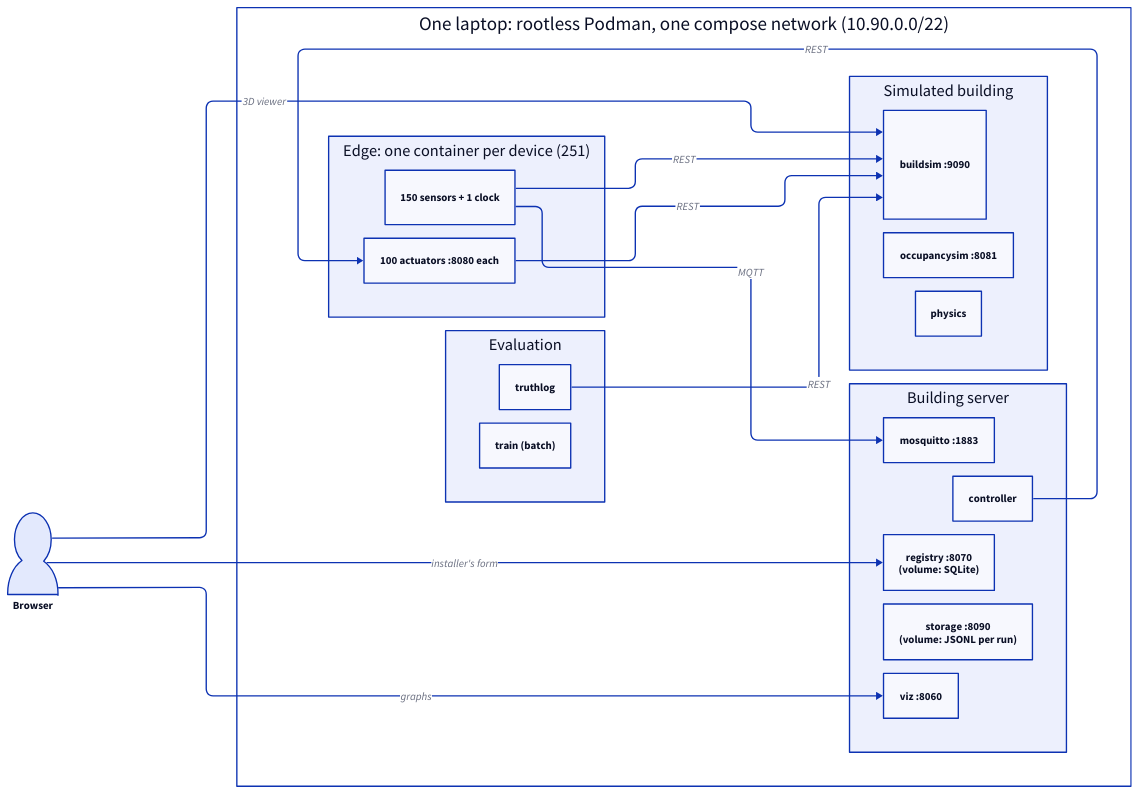
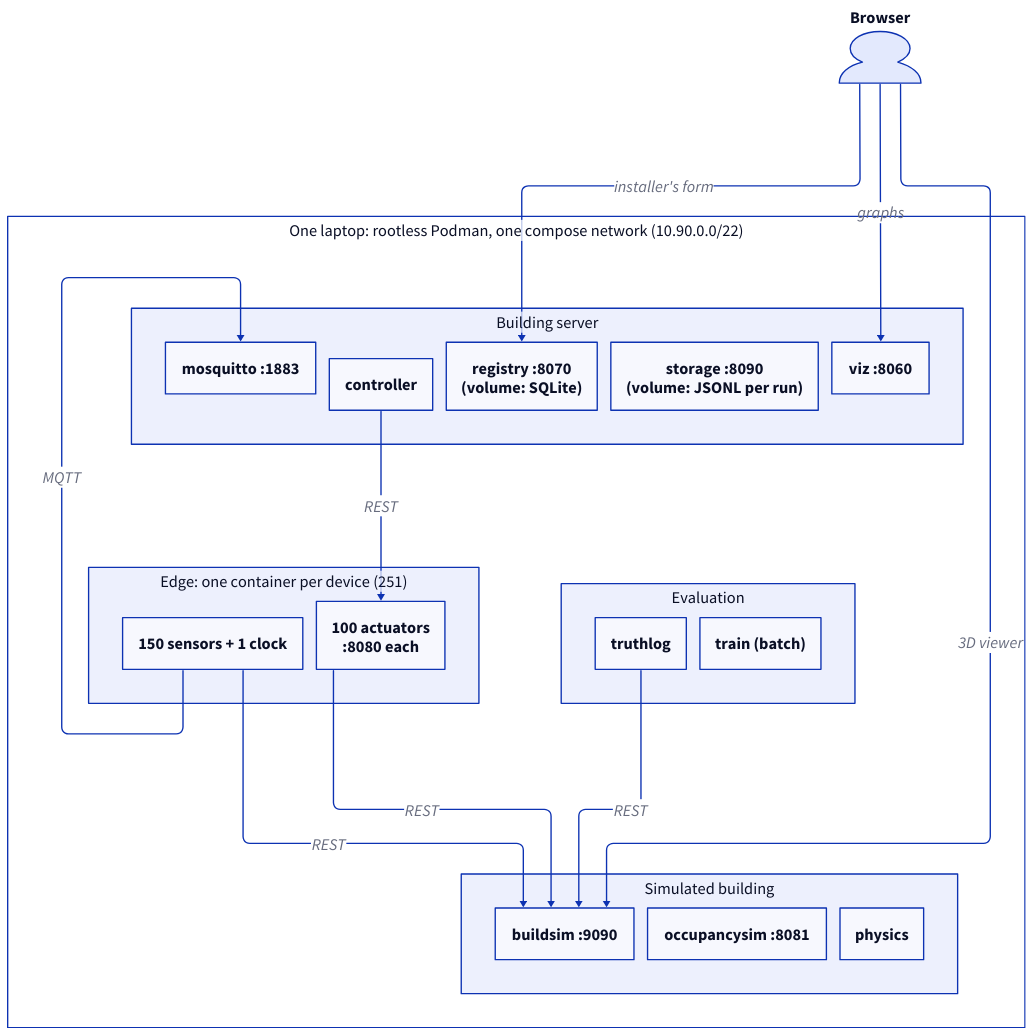
The diagram in docs/diagrams/deployment.d2 (MisterD0ctor/d7065e-project), drawn with D2 before and after one commit. The commit also changed 24 other files, not shown here.

First line of the commit message:
Report: diagrams readable in print; the 3D view in section 12

```diff
--- a/docs/diagrams/deployment.d2
+++ b/docs/diagrams/deployment.d2
@@ -1,34 +1,55 @@
-vars: { d2-config: { layout-engine: elk } }
-direction: right
+# Deployment: where each process runs, and where it would run in a building.
+vars: {
+  d2-config: {
+    layout-engine: elk
+  }
+}
+
+direction: down
+
+*.style.font-size: 24
+(** -> **)[*].style.font-size: 24
+
+browser: "Browser" {
+  shape: person
+  label.near: outside-top-center
+}
+
 host: "One laptop: rootless Podman, one compose network (10.90.0.0/22)" {
   style.fill: transparent
-  building: "Simulated building" {
-    bs: "buildsim  :9090"
-    occ: "occupancysim  :8081"
-    physics: "physics"
-  }
-  edge: "Edge: one container per device (251)" {
-    sensors: "150 sensors + 1 clock"
-    actuators: "100 actuators  :8080 each"
-  }
+  *.style.font-size: 24
+
   server: "Building server" {
+    *.style.font-size: 24
     mosquitto: "mosquitto  :1883"
     controller: controller
     registry: "registry  :8070\n(volume: SQLite)"
     storage: "storage  :8090\n(volume: JSONL per run)"
     viz: "viz  :8060"
   }
+  edge: "Edge: one container per device (251)" {
+    *.style.font-size: 24
+    sensors: "150 sensors + 1 clock"
+    actuators: "100 actuators\n:8080 each"
+  }
   eval: "Evaluation" {
+    *.style.font-size: 24
     truthlog: truthlog
     train: "train (batch)"
   }
+  building: "Simulated building" {
+    *.style.font-size: 24
+    bs: "buildsim  :9090"
+    occ: "occupancysim  :8081"
+    physics: "physics"
+  }
 }
-browser: "Browser" { shape: person }
+
 browser -> host.server.viz: graphs
 browser -> host.building.bs: "3D viewer"
 browser -> host.server.registry: "installer's form"
 host.edge.sensors -> host.building.bs: REST
 host.edge.actuators -> host.building.bs: REST
 host.edge.sensors -> host.server.mosquitto: MQTT
 host.server.controller -> host.edge.actuators: REST
 host.eval.truthlog -> host.building.bs: REST
```
